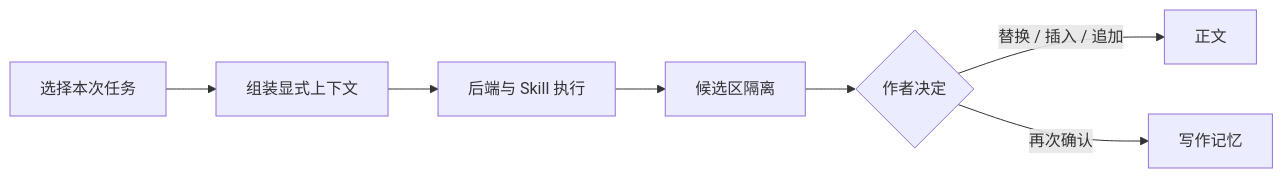
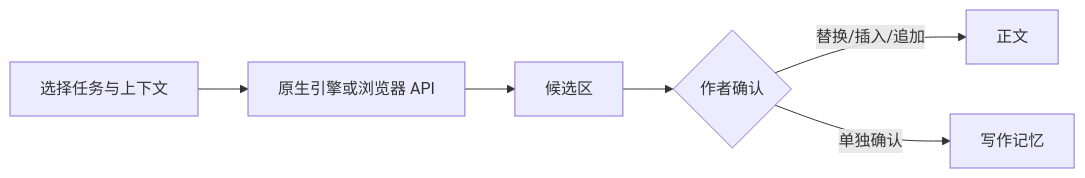
One commit to zizegak916-glitch/writing-workshop changed the diagram in README.md. Above: the diagram before and after it, drawn with Mermaid. The commit also changed other lines of this file and 120 other files, not shown here.

````diff
--- a/README.md
+++ b/README.md
@@ -74,9 +95,8 @@
 ```mermaid
 flowchart LR
-    A[选择本次任务] --> B[组装显式上下文]
-    B --> C[后端与 Skill 执行]
-    C --> D[候选区隔离]
-    D --> E{作者决定}
-    E -->|替换 / 插入 / 追加| F[正文]
-    E -->|再次确认| G[写作记忆]
+    A[选择任务与上下文] --> B[原生引擎或浏览器 API]
+    B --> C[候选区]
+    C --> D{作者确认}
+    D -->|替换/插入/追加| E[正文]
+    D -->|单独确认| F[写作记忆]
 ```
````
